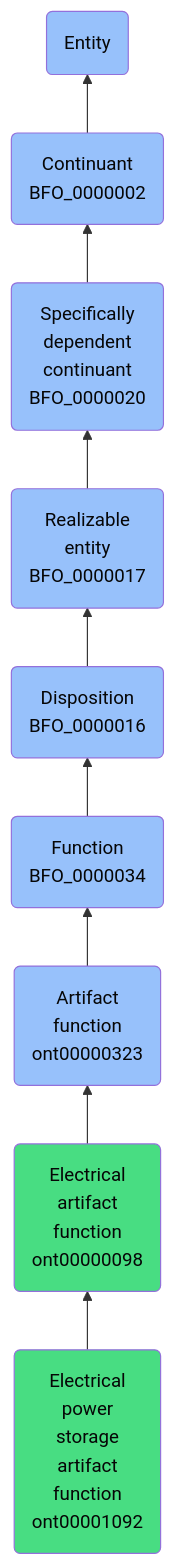
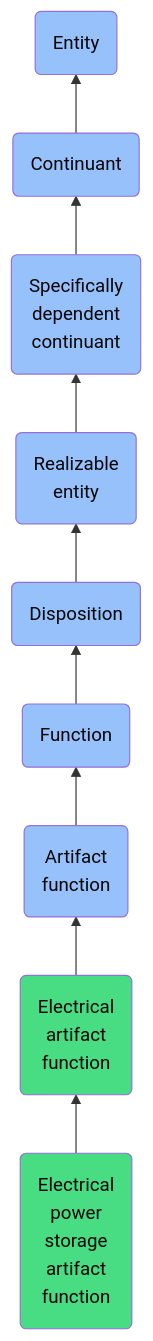
The diagram in docs/ontology/reference/model/Entity/Continuant/Specifically dependent continuant/Realizable entity/Disposition/Function/Artifact function/Electrical artifact function/Electrical power storage artifact function/Electrical power storage artifact function.md (jupyter-naas/abi), drawn with Mermaid before and after one commit. The commit also changed other lines of this file and 1430 other files, not shown here.

````diff
--- a/docs/ontology/reference/model/Entity/Continuant/Specifically dependent continuant/Realizable entity/Disposition/Function/Artifact function/Electrical artifact function/Electrical power storage artifact function/Electrical power storage artifact function.md
+++ b/docs/ontology/reference/model/Entity/Continuant/Specifically dependent continuant/Realizable entity/Disposition/Function/Artifact function/Electrical artifact function/Electrical power storage artifact function/Electrical power storage artifact function.md
@@ -24,16 +24,16 @@
 ```mermaid
 graph BT
-    ont00001092(Electrical<br>power<br>storage<br>artifact<br>function<br>ont00001092):::ABI-->ont00000098
-    ont00000098(Electrical<br>artifact<br>function<br>ont00000098):::ABI-->ont00000323
-    ont00000323(Artifact<br>function<br>ont00000323):::BFO-->BFO_0000034
-    BFO_0000034(Function<br>BFO_0000034):::BFO-->BFO_0000016
-    BFO_0000016(Disposition<br>BFO_0000016):::BFO-->BFO_0000017
-    BFO_0000017(Realizable<br>entity<br>BFO_0000017):::BFO-->BFO_0000020
-    BFO_0000020(Specifically<br>dependent<br>continuant<br>BFO_0000020):::BFO-->BFO_0000002
-    BFO_0000002(Continuant<br>BFO_0000002):::BFO-->BFO_0000001
+    ont00001092(Electrical<br>power<br>storage<br>artifact<br>function):::ABI-->ont00000098
+    ont00000098(Electrical<br>artifact<br>function):::ABI-->ont00000323
+    ont00000323(Artifact<br>function):::BFO-->BFO_0000034
+    BFO_0000034(Function):::BFO-->BFO_0000016
+    BFO_0000016(Disposition):::BFO-->BFO_0000017
+    BFO_0000017(Realizable<br>entity):::BFO-->BFO_0000020
+    BFO_0000020(Specifically<br>dependent<br>continuant):::BFO-->BFO_0000002
+    BFO_0000002(Continuant):::BFO-->BFO_0000001
     BFO_0000001(Entity):::BFO
     
     classDef BFO fill:#97c1fb,color:#060606
     classDef CCO fill:#e4c51e,color:#060606
     classDef ABI fill:#48DD82,color:#060606
 ```
````
